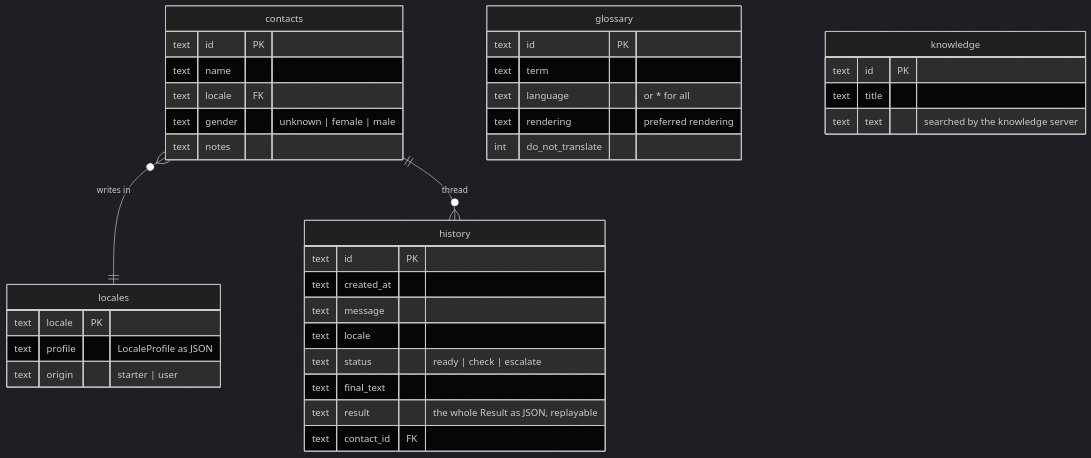
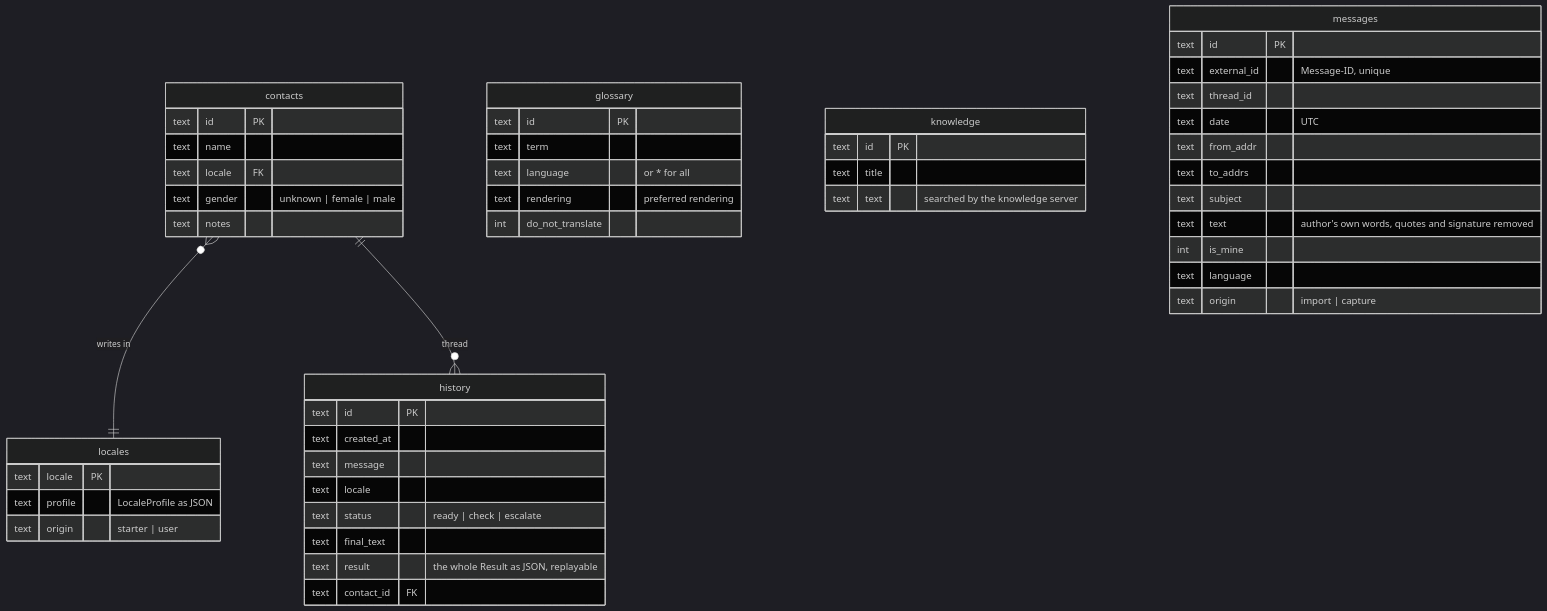
Before and after one commit to Saltef/Localect: the third of 4 diagrams in docs/ARCHITECTURE.md, drawn with Mermaid (dark theme). The commit also changed other lines of this file and 31 other files, not shown here.

````diff
--- a/docs/ARCHITECTURE.md
+++ b/docs/ARCHITECTURE.md
@@ -154,39 +155,52 @@
 ```mermaid
 erDiagram
     contacts }o--|| locales : "writes in"
     contacts ||--o{ history : "thread"
     locales {
         text locale PK
         text profile "LocaleProfile as JSON"
         text origin "starter | user"
     }
     contacts {
         text id PK
         text name
         text locale FK
         text gender "unknown | female | male"
         text notes
     }
     glossary {
         text id PK
         text term
         text language "or * for all"
         text rendering "preferred rendering"
         int do_not_translate
     }
     knowledge {
         text id PK
         text title
         text text "searched by the knowledge server"
     }
+    messages {
+        text id PK
+        text external_id "Message-ID, unique"
+        text thread_id
+        text date "UTC"
+        text from_addr
+        text to_addrs
+        text subject
+        text text "author's own words, quotes and signature removed"
+        int is_mine
+        text language
+        text origin "import | capture"
+    }
     history {
         text id PK
         text created_at
         text message
         text locale
         text status "ready | check | escalate"
         text final_text
         text result "the whole Result as JSON, replayable"
         text contact_id FK
     }
 ```
````
